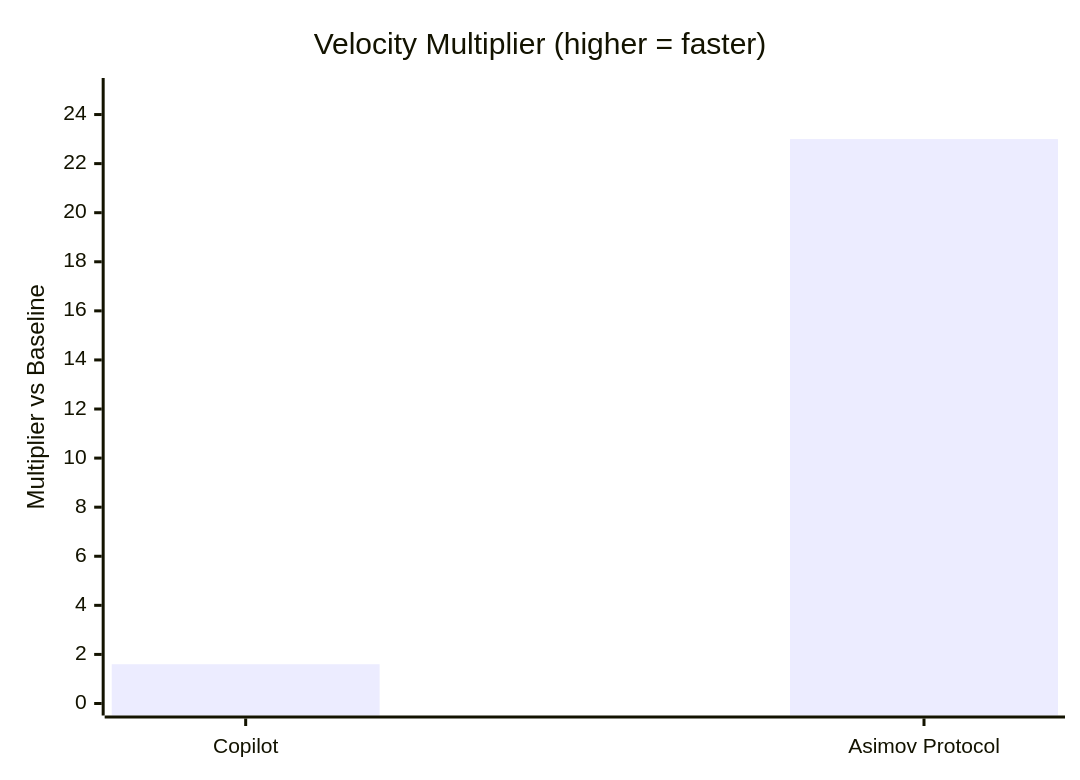
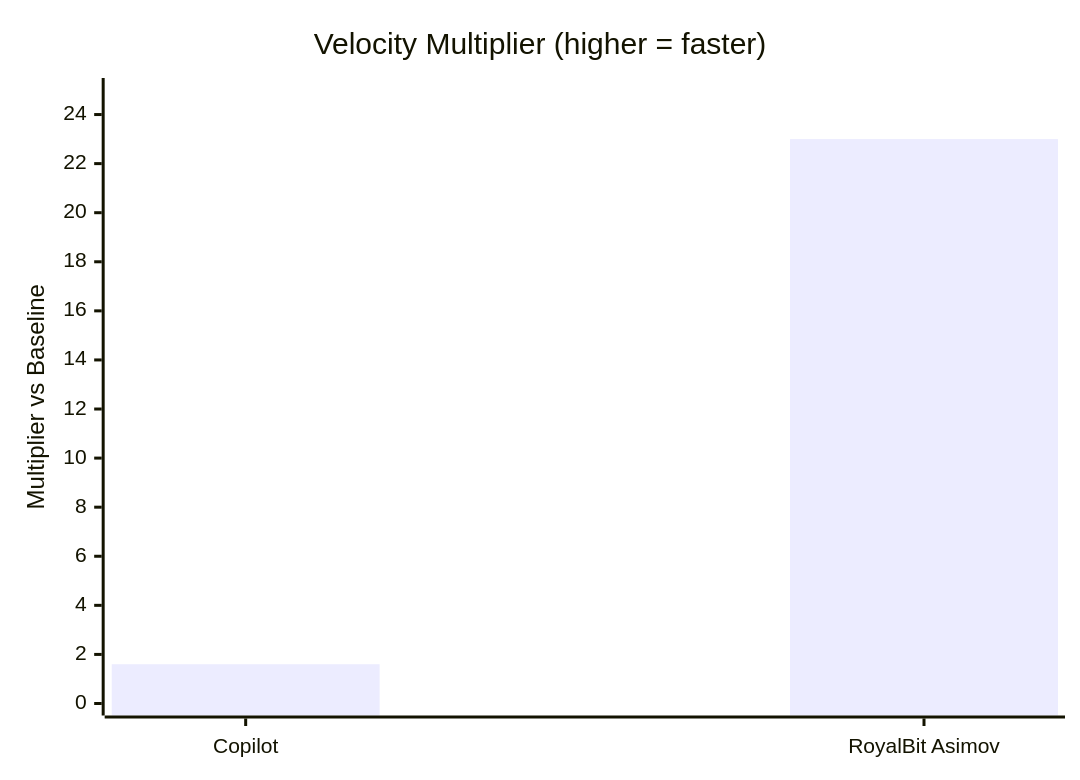
The first of 8 diagrams in docs/CASE_STUDY_VELOCITY.md (royalbit/asimov-protocol), drawn with Mermaid before and after one commit. The commit also changed other lines of this file and 63 other files, not shown here.

First line of the commit message:
chore: Rebrand 'Asimov Protocol' → 'RoyalBit Asimov'

````diff
--- a/docs/CASE_STUDY_VELOCITY.md
+++ b/docs/CASE_STUDY_VELOCITY.md
@@ -19,7 +19,7 @@
 ```mermaid
 xychart-beta
     title "Velocity Multiplier (higher = faster)"
-    x-axis ["Copilot", "Asimov Protocol"]
+    x-axis ["Copilot", "RoyalBit Asimov"]
     y-axis "Multiplier vs Baseline" 0 --> 25
     bar [1.6, 23]
 ```
````
